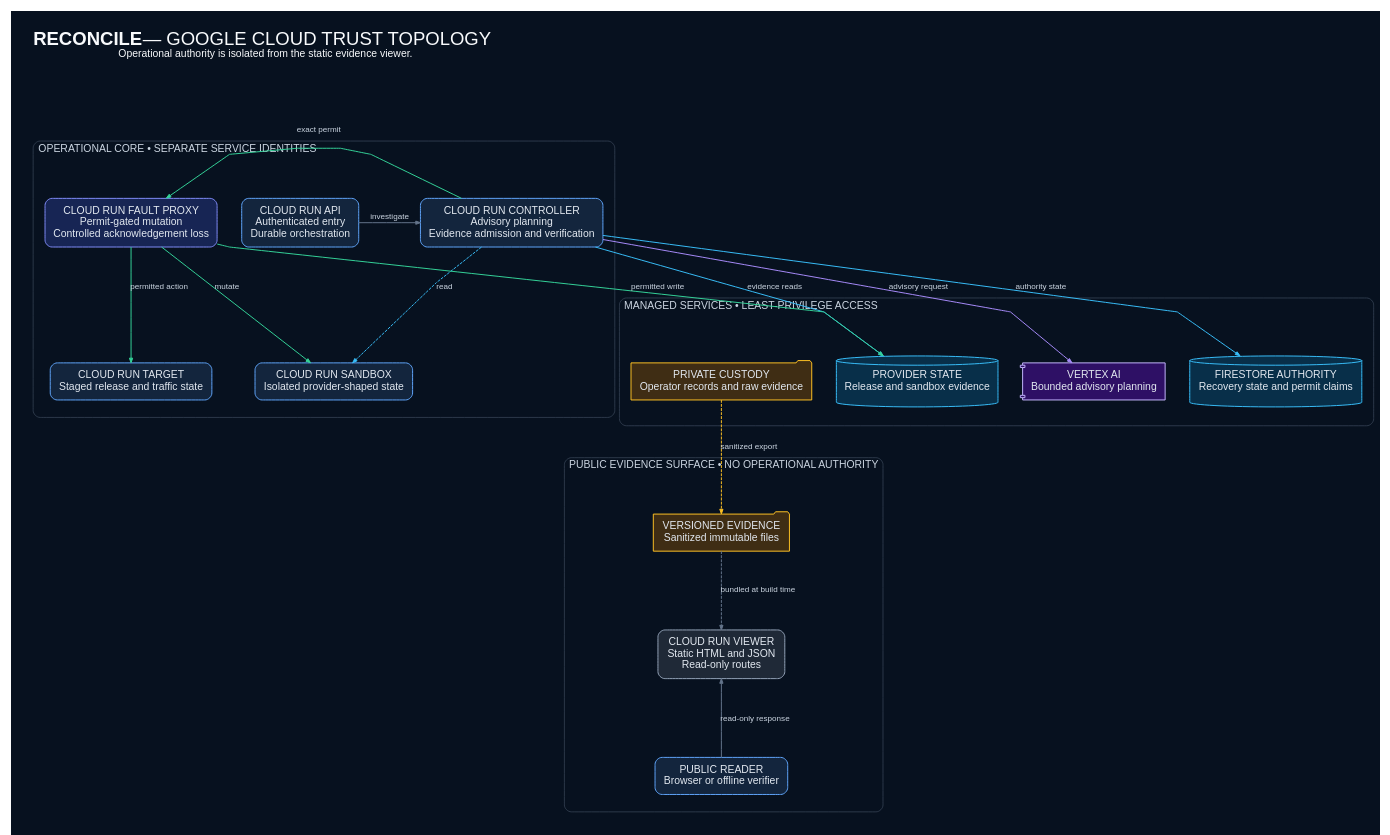
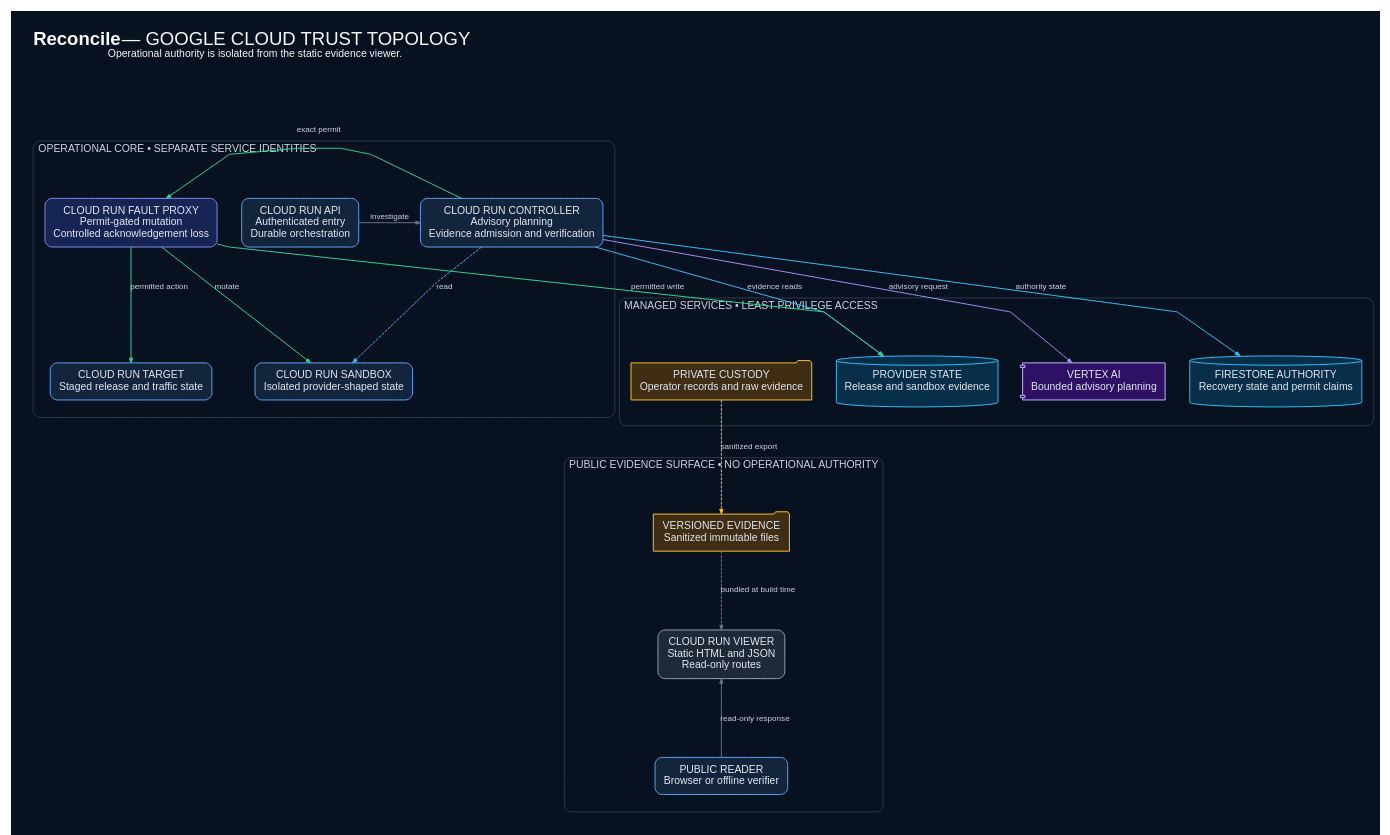
Before and after one commit to OCHOLA-EDDYPHIL/reconcile: the diagram in docs/deployment.dot, drawn with Graphviz. The commit also changed 24 other files, not shown here.

```diff
--- a/docs/deployment.dot
+++ b/docs/deployment.dot
@@ -1,137 +1,137 @@
 digraph ReconcileDeployment {
   graph [
     bgcolor="#07111f",
     fontname="Liberation Sans",
-    label=<<FONT POINT-SIZE="32"><B>RECONCILE</B> — GOOGLE CLOUD TRUST TOPOLOGY</FONT><BR/><FONT POINT-SIZE="18">Operational authority is isolated from the static evidence viewer.</FONT>>,
+    label=<<FONT POINT-SIZE="32"><B>Reconcile</B> — GOOGLE CLOUD TRUST TOPOLOGY</FONT><BR/><FONT POINT-SIZE="18">Operational authority is isolated from the static evidence viewer.</FONT>>,
     labelloc="t",
     labeljust="l",
     fontcolor="#f8fafc",
     pad=0.42,
     rankdir=TB,
     ranksep=1.18,
     nodesep=0.58,
     newrank=true,
     ratio=fill,
     size="14.3,8.0!",
     splines=polyline,
     compound=true
   ];
   node [
     shape=box,
     style="rounded,filled",
     fontname="Liberation Sans",
     fontsize=18,
     fontcolor="#e2e8f0",
     color="#60a5fa",
     fillcolor="#13253d",
     margin="0.22,0.17",
     penwidth=1.7
   ];
   edge [
     fontname="Liberation Sans",
     fontsize=14,
     fontcolor="#cbd5e1",
     color="#64748b",
     arrowsize=0.80,
     penwidth=1.7
   ];
 
   subgraph cluster_core {
     label="OPERATIONAL CORE • SEPARATE SERVICE IDENTITIES";
     fontname="Liberation Sans";
     fontsize=18;
     fontcolor="#cbd5e1";
     color="#475569";
     style="rounded";
     margin=20;
 
     api [label="CLOUD RUN API\nAuthenticated entry\nDurable orchestration"];
     controller [
       label="CLOUD RUN CONTROLLER\nAdvisory planning\nEvidence admission and verification"
     ];
     proxy [
       label="CLOUD RUN FAULT PROXY\nPermit-gated mutation\nControlled acknowledgement loss",
       fillcolor="#172554",
       color="#818cf8"
     ];
     target [label="CLOUD RUN TARGET\nStaged release and traffic state"];
     sandbox [label="CLOUD RUN SANDBOX\nIsolated provider-shaped state"];
 
     { rank=same; api; controller; proxy; }
     { rank=same; target; sandbox; }
     api -> controller [label="investigate"];
     controller -> proxy [label="exact permit", color="#34d399"];
     proxy -> target [label="permitted action", color="#34d399"];
     controller -> sandbox [label="read", style=dashed, color="#38bdf8"];
     proxy -> sandbox [label="mutate", color="#34d399"];
   }
 
   subgraph cluster_data {
     label="MANAGED SERVICES • LEAST-PRIVILEGE ACCESS";
     fontname="Liberation Sans";
     fontsize=18;
     fontcolor="#cbd5e1";
     color="#475569";
     style="rounded";
     margin=20;
 
     vertex [
       label="VERTEX AI\nBounded advisory planning",
       shape=component,
       fillcolor="#2e1065",
       color="#c4b5fd"
     ];
     authority [
       label="FIRESTORE AUTHORITY\nRecovery state and permit claims",
       shape=cylinder,
       fillcolor="#082f49",
       color="#38bdf8"
     ];
     provider_state [
       label="PROVIDER STATE\nRelease and sandbox evidence",
       shape=cylinder,
       fillcolor="#082f49",
       color="#38bdf8"
     ];
     custody [
       label="PRIVATE CUSTODY\nOperator records and raw evidence",
       shape=folder,
       fillcolor="#3f2d14",
       color="#fbbf24"
     ];
 
     { rank=same; authority; vertex; provider_state; custody; }
   }
 
   subgraph cluster_public {
     label="PUBLIC EVIDENCE SURFACE • NO OPERATIONAL AUTHORITY";
     fontname="Liberation Sans";
     fontsize=18;
     fontcolor="#cbd5e1";
     color="#475569";
     style="rounded";
     margin=20;
 
     versioned [
       label="VERSIONED EVIDENCE\nSanitized immutable files",
       shape=folder,
       fillcolor="#3f2d14",
       color="#fbbf24"
     ];
     viewer [
       label="CLOUD RUN VIEWER\nStatic HTML and JSON\nRead-only routes",
       fillcolor="#1f2937",
       color="#94a3b8"
     ];
     public [label="PUBLIC READER\nBrowser or offline verifier"];
 
     versioned -> viewer [label="bundled at build time", style=dashed];
     viewer -> public [label="read-only response", dir=back];
   }
 
   controller -> vertex [label="advisory request", color="#a78bfa"];
   controller -> authority [label="authority state", color="#38bdf8"];
   controller -> provider_state [label="evidence reads", color="#38bdf8"];
   proxy -> provider_state [label="permitted write", color="#34d399"];
   custody -> versioned [label="sanitized export", style=dashed, color="#fbbf24"];
 }
```
